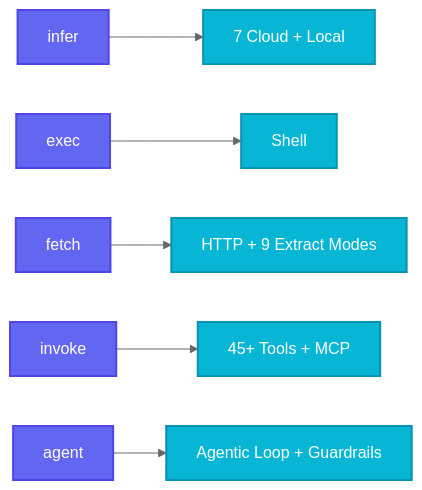
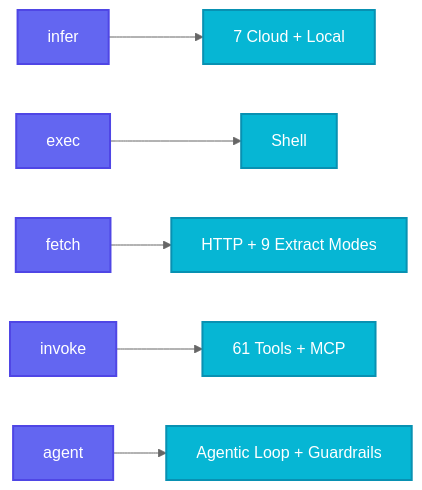
One commit to supernovae-st/nika changed the first of 2 diagrams in README.md. Above: the diagram before and after it, drawn with Mermaid (neutral theme). The commit also changed other lines of this file and 6 other files, not shown here.

````diff
--- a/README.md
+++ b/README.md
@@ -113,11 +113,11 @@
 ```mermaid
 flowchart LR
     classDef verb fill:#6366f1,stroke:#4f46e5,stroke-width:2px,color:#fff
     classDef target fill:#06b6d4,stroke:#0891b2,stroke-width:2px,color:#fff
 
     INFER[infer]:::verb --> LLM["7 Cloud + Local"]:::target
     EXEC[exec]:::verb --> SHELL[Shell]:::target
     FETCH[fetch]:::verb --> HTTP["HTTP + 9 Extract Modes"]:::target
-    INVOKE[invoke]:::verb --> TOOLS["45+ Tools + MCP"]:::target
+    INVOKE[invoke]:::verb --> TOOLS["61 Tools + MCP"]:::target
     AGENT[agent]:::verb --> LOOP["Agentic Loop + Guardrails"]:::target
 ```
````
